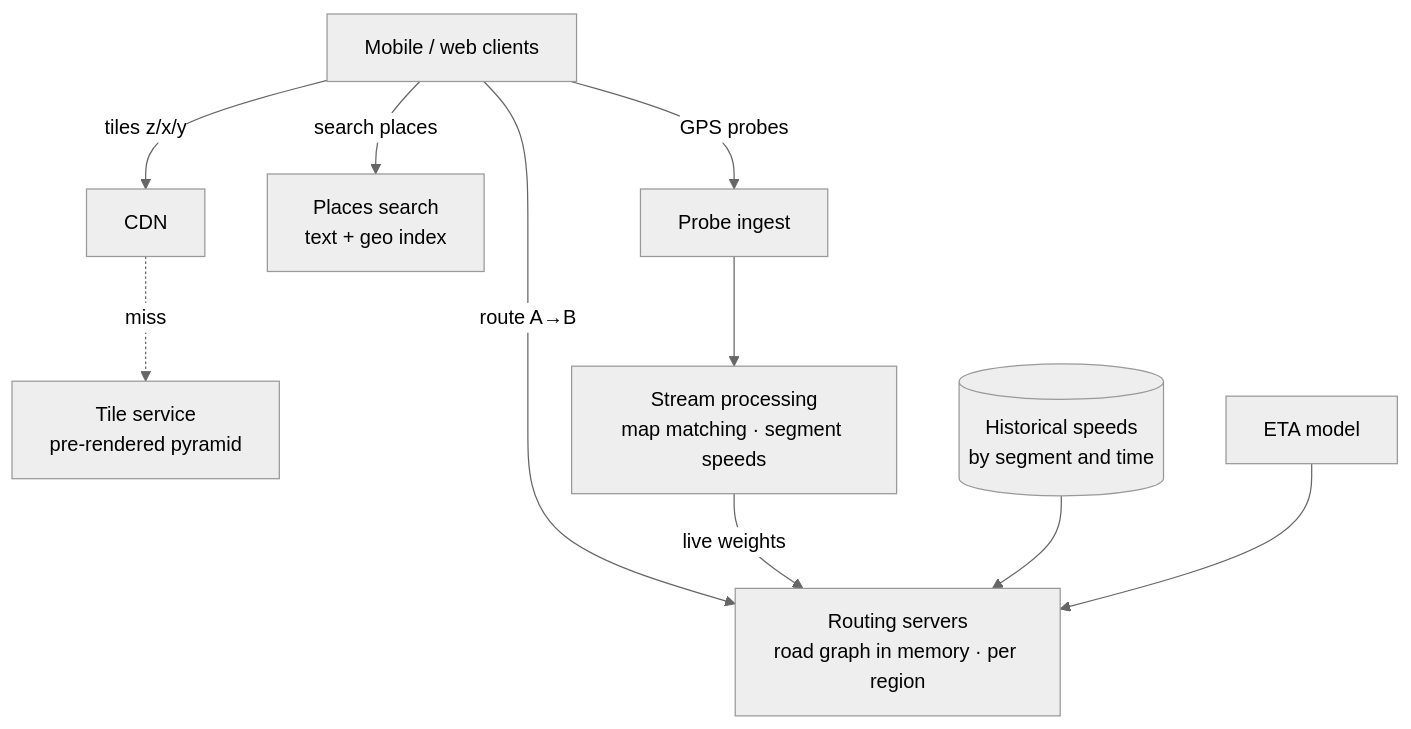
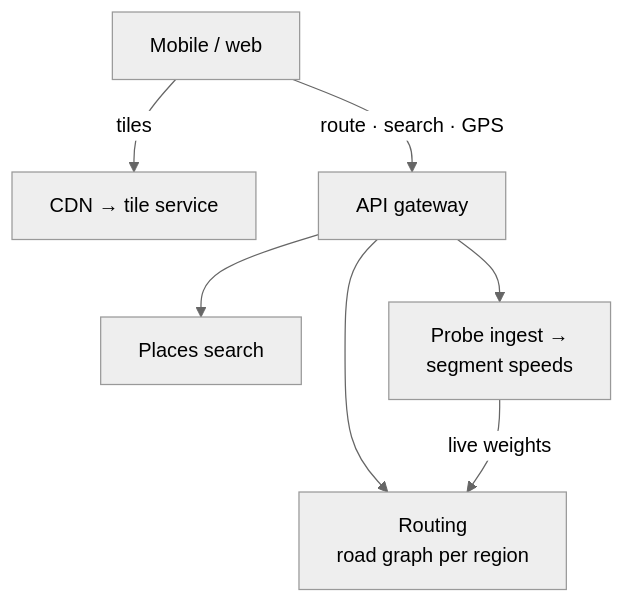
One commit to dhaval-76/engineering-field-guide changed the diagram in src/content/topics/system-design/maps-navigation/diagrams/maps-architecture.mmd. Above: the diagram before and after it, drawn with Mermaid (neutral theme). The commit also changed 22 other files, not shown here.

Commit message:
System design diagrams: narrow layouts for phones

```diff
--- a/src/content/topics/system-design/maps-navigation/diagrams/maps-architecture.mmd
+++ b/src/content/topics/system-design/maps-navigation/diagrams/maps-architecture.mmd
@@ -1,8 +1,7 @@
 flowchart TD
-  C[Mobile / web clients] -- "tiles z/x/y" --> CDN[CDN] -. miss .-> TS[Tile service<br/>pre-rendered pyramid]
-  C -- route A→B --> RS[Routing servers<br/>road graph in memory · per region]
-  C -- search places --> PL[Places search<br/>text + geo index]
-  C -- GPS probes --> IN[Probe ingest] --> SP[Stream processing<br/>map matching · segment speeds]
+  C[Mobile / web] -- tiles --> CDN[CDN → tile service]
+  C -- "route · search · GPS" --> GW[API gateway]
+  GW --> RS[Routing<br/>road graph per region]
+  GW --> PL[Places search]
+  GW --> SP[Probe ingest →<br/>segment speeds]
   SP -- live weights --> RS
-  HIST[(Historical speeds<br/>by segment and time)] --> RS
-  ETA[ETA model] --> RS
```
